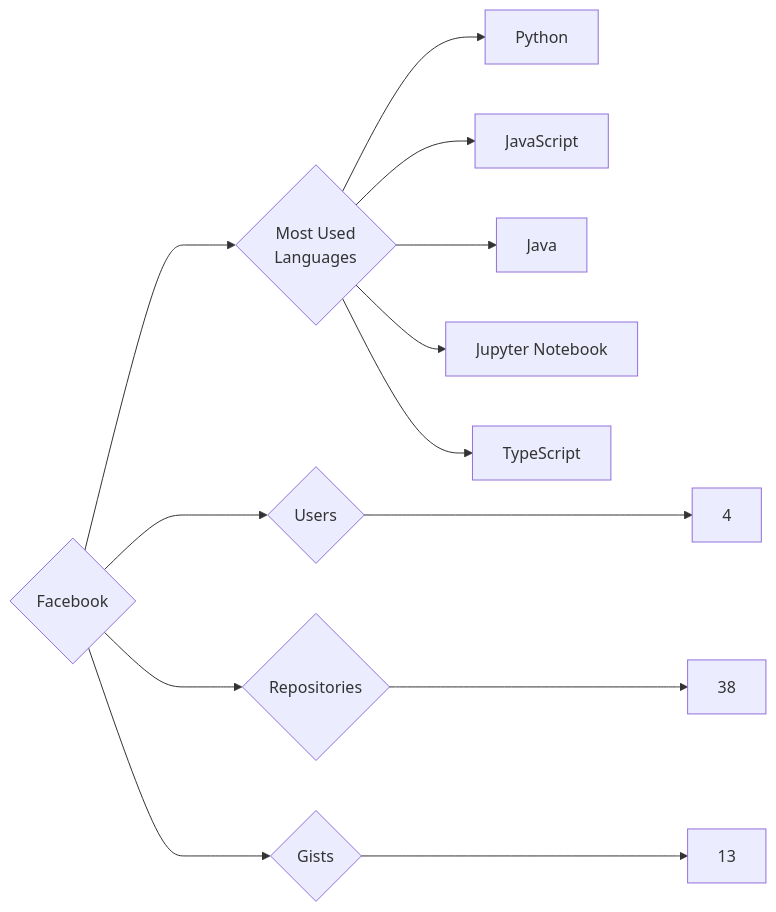
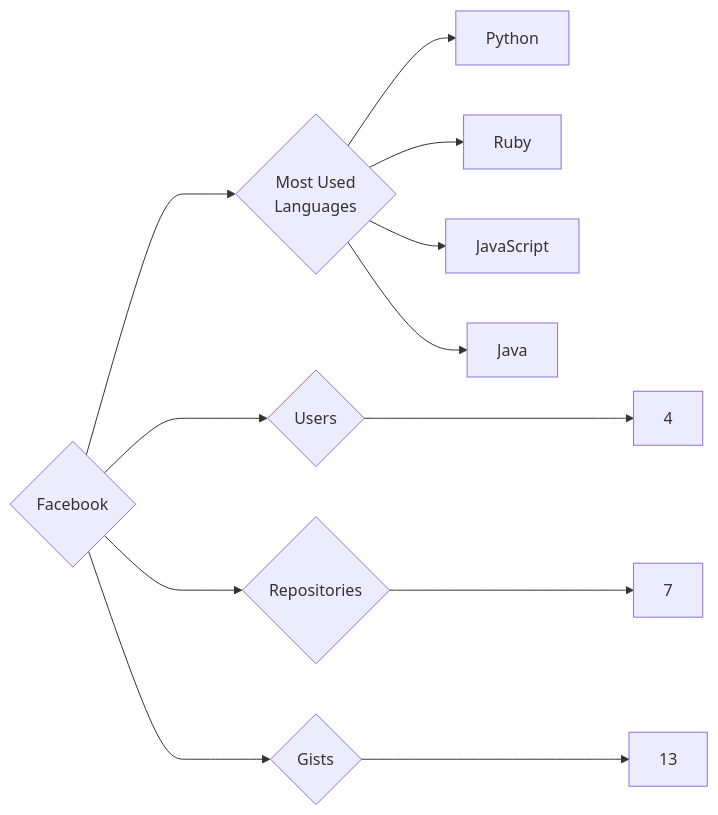
The diagram in targets/Facebook/README.md (trickest/insiders), drawn with Mermaid before and after one commit. The commit also changed 1149 other files, not shown here.

````diff
--- a/targets/Facebook/README.md
+++ b/targets/Facebook/README.md
@@ -3,13 +3,12 @@
 ```mermaid
 graph LR
 COMPANY_NAME{Facebook}
 COMPANY_NAME ---> U{Users} ---> UN[4]
-COMPANY_NAME ---> R{Repositories} ---> RN[38]
+COMPANY_NAME ---> R{Repositories} ---> RN[7]
 COMPANY_NAME ---> G{Gists} ---> GN[13]
 COMPANY_NAME ---> ML{Most Used<br>Languages}
 ML --> Python[Python]
+ML --> Ruby[Ruby]
 ML --> JavaScript[JavaScript]
 ML --> Java[Java]
-ML --> Jupyter_Notebook[Jupyter Notebook]
-ML --> TypeScript[TypeScript]
 ```
````
